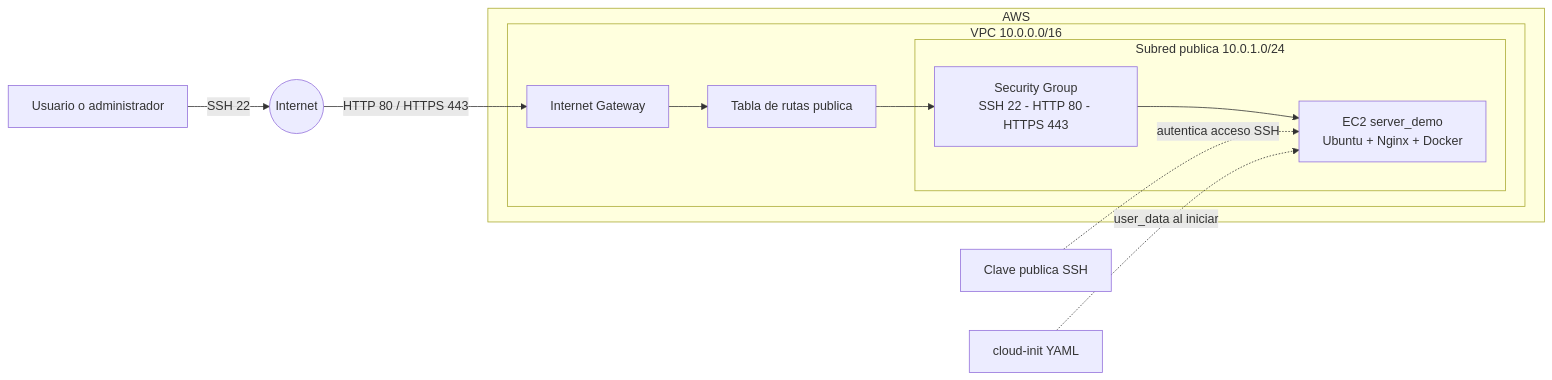
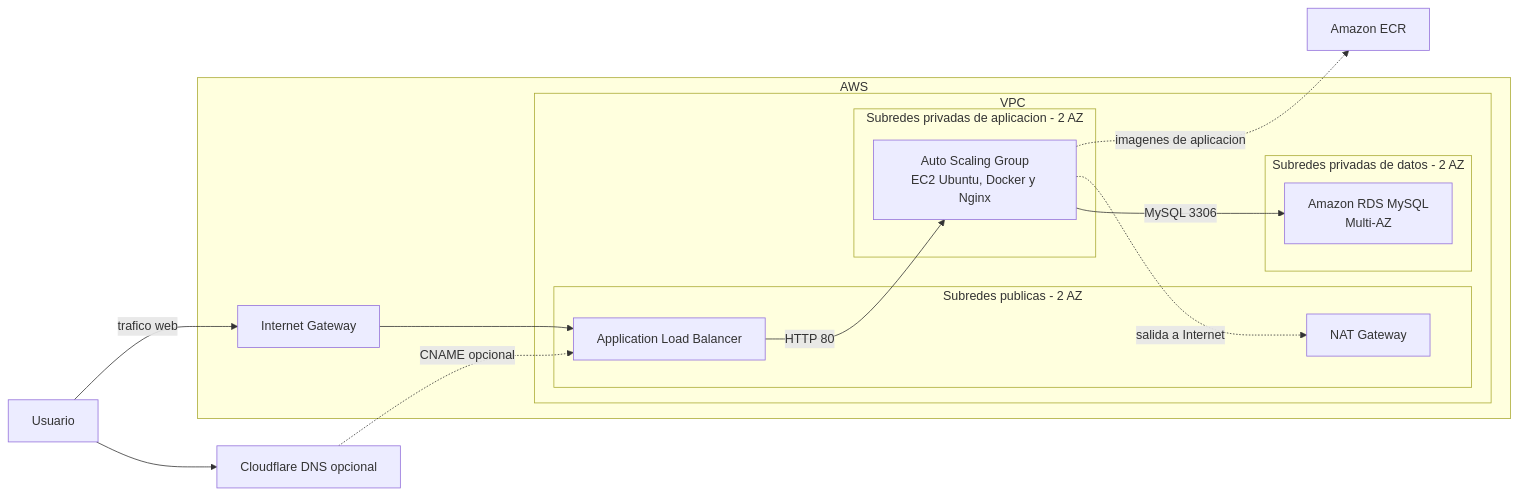
The diagram in README.md (Alejorodazz/aws-deployment), drawn with Mermaid before and after one commit. The commit also changed other lines of this file and 8 other files, not shown here.

````diff
--- a/README.md
+++ b/README.md
@@ -45,27 +42,34 @@
 ```mermaid
 flowchart LR
-    user[Usuario o administrador]
-    internet((Internet))
-    key[Clave publica SSH]
-    cloudinit[cloud-init YAML]
+    user[Usuario]
+    cf[Cloudflare DNS opcional]
+    ecr[Amazon ECR]
 
     subgraph aws[AWS]
-        subgraph vpc[VPC 10.0.0.0/16]
-            igw[Internet Gateway]
-            routes[Tabla de rutas publica]
+        igw[Internet Gateway]
 
-            subgraph subnet[Subred publica 10.0.1.0/24]
-                sg[Security Group\nSSH 22 - HTTP 80 - HTTPS 443]
-                ec2[EC2 server_demo\nUbuntu + Nginx + Docker]
+        subgraph vpc[VPC]
+            subgraph public[Subredes publicas - 2 AZ]
+                alb[Application Load Balancer]
+                nat[NAT Gateway]
+            end
+
+            subgraph app[Subredes privadas de aplicacion - 2 AZ]
+                asg[Auto Scaling Group\nEC2 Ubuntu, Docker y Nginx]
+            end
+
+            subgraph data[Subredes privadas de datos - 2 AZ]
+                rds[Amazon RDS MySQL\nMulti-AZ]
             end
         end
     end
 
-    user -->|SSH 22| internet
-    internet -->|HTTP 80 / HTTPS 443| igw
-    igw --> routes
-    routes --> sg
-    sg --> ec2
-    key -. autentica acceso SSH .-> ec2
-    cloudinit -. user_data al iniciar .-> ec2
+    user --> cf
+    cf -. CNAME opcional .-> alb
+    user -->|trafico web| igw
+    igw --> alb
+    alb -->|HTTP 80| asg
+    asg -->|MySQL 3306| rds
+    asg -. salida a Internet .-> nat
+    asg -. imagenes de aplicacion .-> ecr
 ```
````
